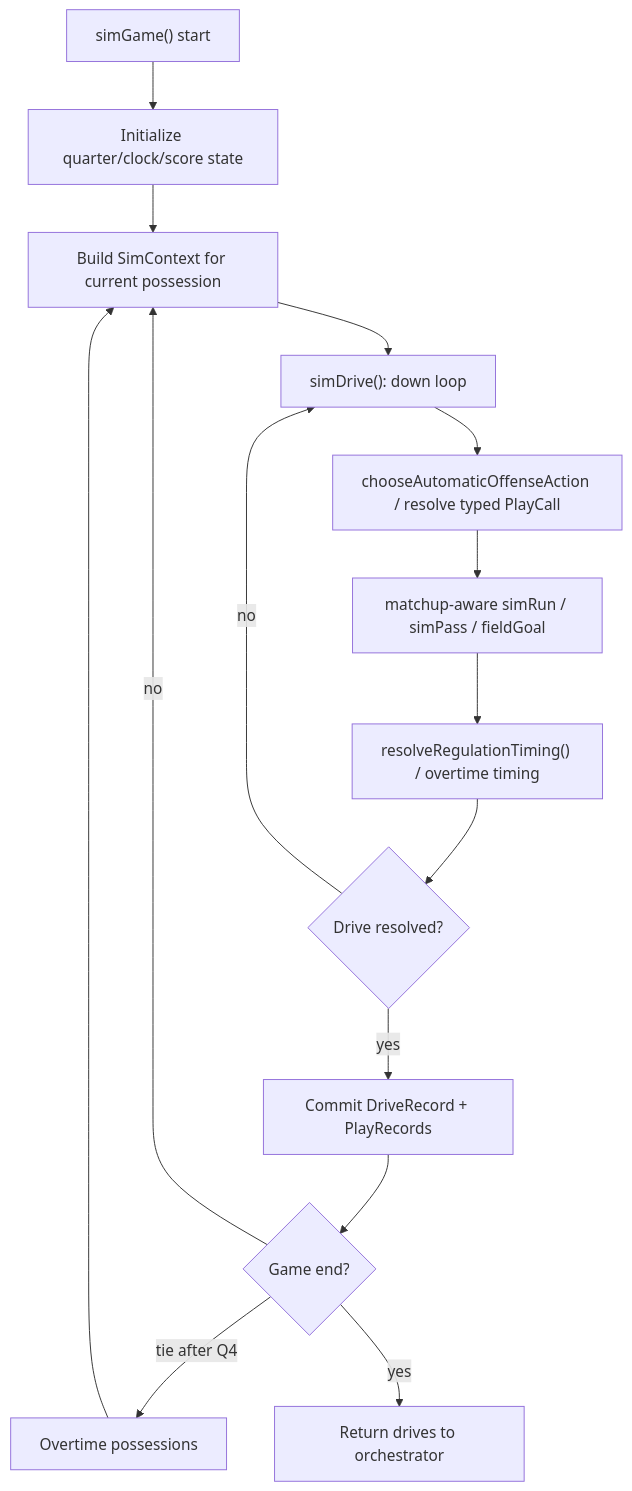
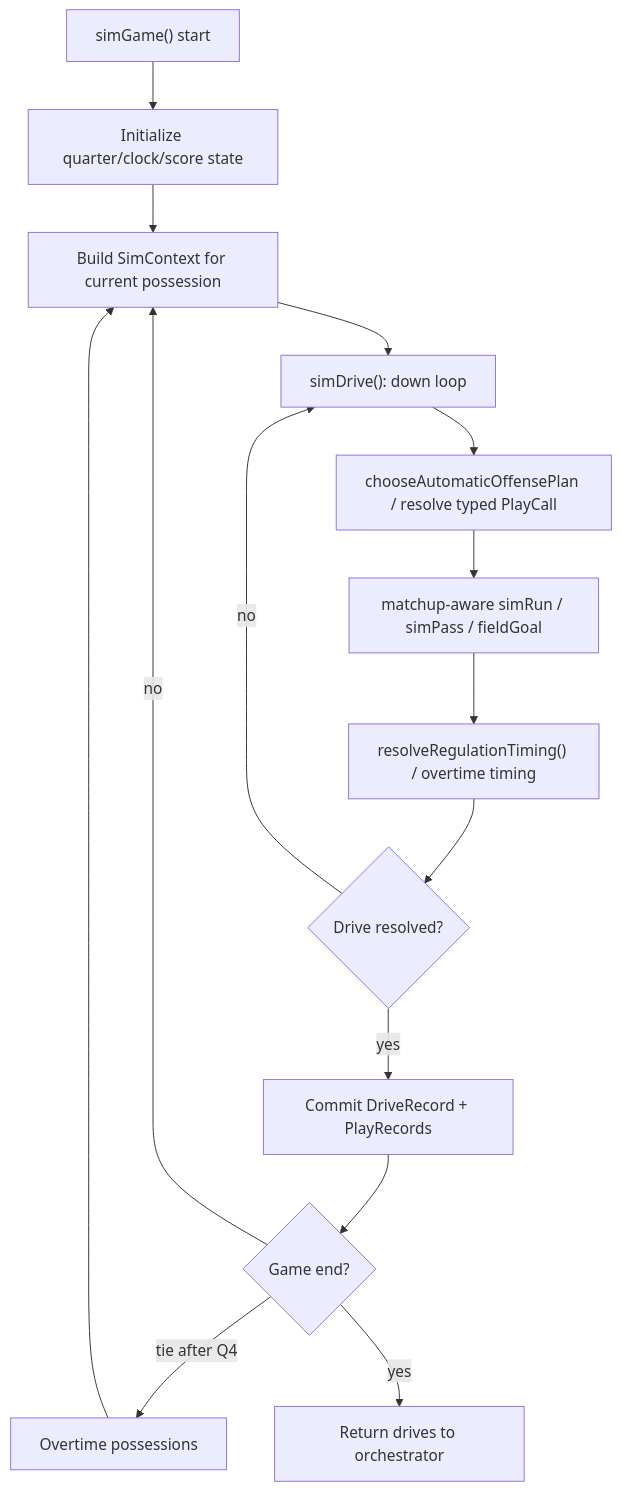
The first of 2 diagrams in docs/systems/simulation-engine.md (rdettling/cfbsim), drawn with Mermaid before and after one commit. The commit also changed other lines of this file and 167 other files, not shown here.

Commit message:
Improve season flow, simulation, and league views

````diff
--- a/docs/systems/simulation-engine.md
+++ b/docs/systems/simulation-engine.md
@@ -78,17 +78,17 @@
 ```mermaid
 flowchart TD
   A["simGame() start"] --> B["Initialize quarter/clock/score state"]
   B --> C["Build SimContext for current possession"]
   C --> D["simDrive(): down loop"]
-  D --> E["chooseAutomaticOffenseAction / resolve typed PlayCall"]
+  D --> E["chooseAutomaticOffensePlan / resolve typed PlayCall"]
   E --> F["matchup-aware simRun / simPass / fieldGoal"]
   F --> G["resolveRegulationTiming() / overtime timing"]
   G --> H{"Drive resolved?"}
   H -- no --> D
   H -- yes --> I["Commit DriveRecord + PlayRecords"]
   I --> J{"Game end?"}
   J -- no --> C
   J -- tie after Q4 --> K["Overtime possessions"]
   K --> C
   J -- yes --> L["Return drives to orchestrator"]
 ```
````
